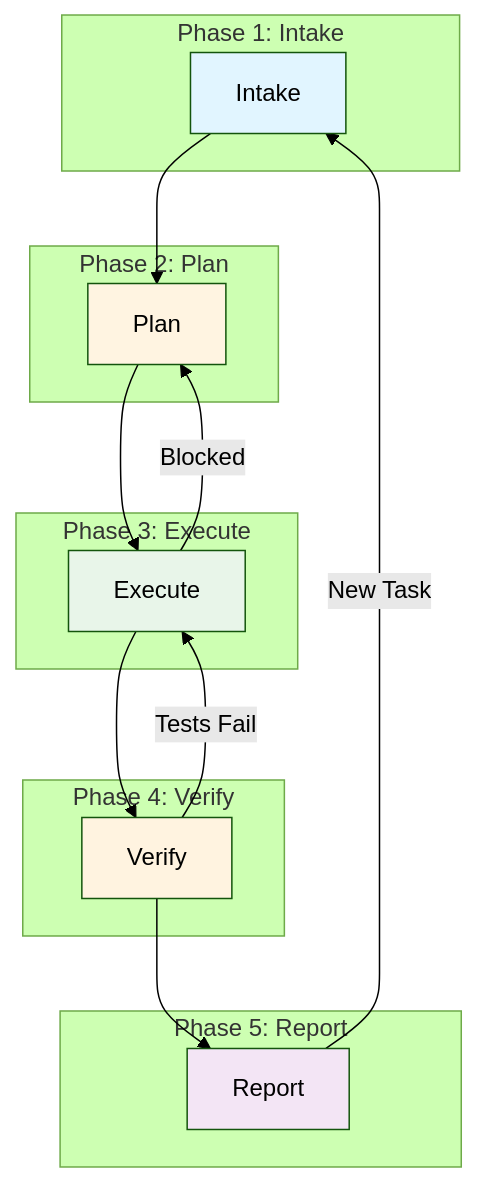
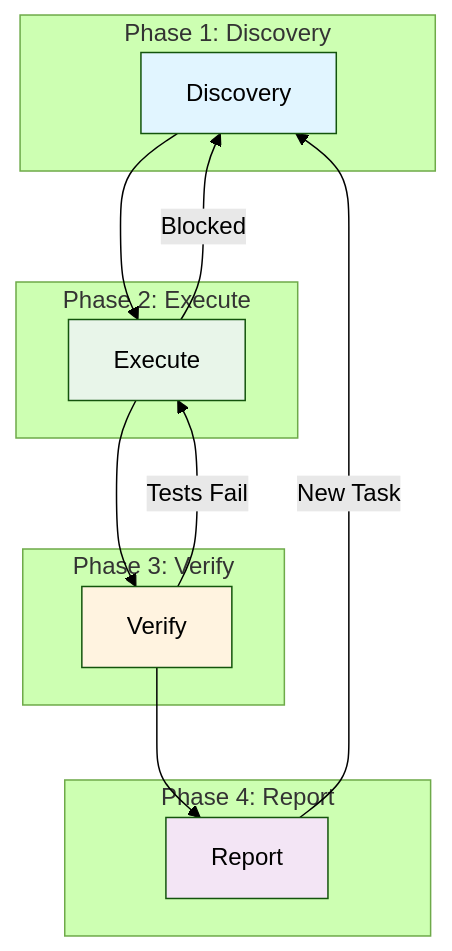
One commit to CaseyHaralson/orrery changed the diagram in README.md. Above: the diagram before and after it, drawn with Mermaid (forest theme). The commit also changed other lines of this file and 25 other files, not shown here.

Commit message:
chore: complete plan 2026-01-14-simplify-workflow-to-discovery.yaml

````diff
--- a/README.md
+++ b/README.md
@@ -29,38 +28,32 @@
 ```mermaid
 graph TD
-    A[Intake] --> B[Plan]
-    B --> C[Execute]
-    C --> D[Verify]
-    D --> E[Report]
+    A[Discovery] --> B[Execute]
+    B --> C[Verify]
+    C --> D[Report]
 
-    D -->|Tests Fail| C
-    C -->|Blocked| B
+    C -->|Tests Fail| B
+    B -->|Blocked| A
 
-    E -->|New Task| A
+    D -->|New Task| A
 
     style A fill:#e1f5ff
-    style B fill:#fff4e1
-    style C fill:#e8f5e9
-    style D fill:#fff3e0
-    style E fill:#f3e5f5
+    style B fill:#e8f5e9
+    style C fill:#fff3e0
+    style D fill:#f3e5f5
 
-    subgraph "Phase 1: Intake"
+    subgraph "Phase 1: Discovery"
         A
     end
 
-    subgraph "Phase 2: Plan"
+    subgraph "Phase 2: Execute"
         B
     end
 
-    subgraph "Phase 3: Execute"
+    subgraph "Phase 3: Verify"
         C
     end
 
-    subgraph "Phase 4: Verify"
+    subgraph "Phase 4: Report"
         D
     end
-
-    subgraph "Phase 5: Report"
-        E
-    end
 ```
````
